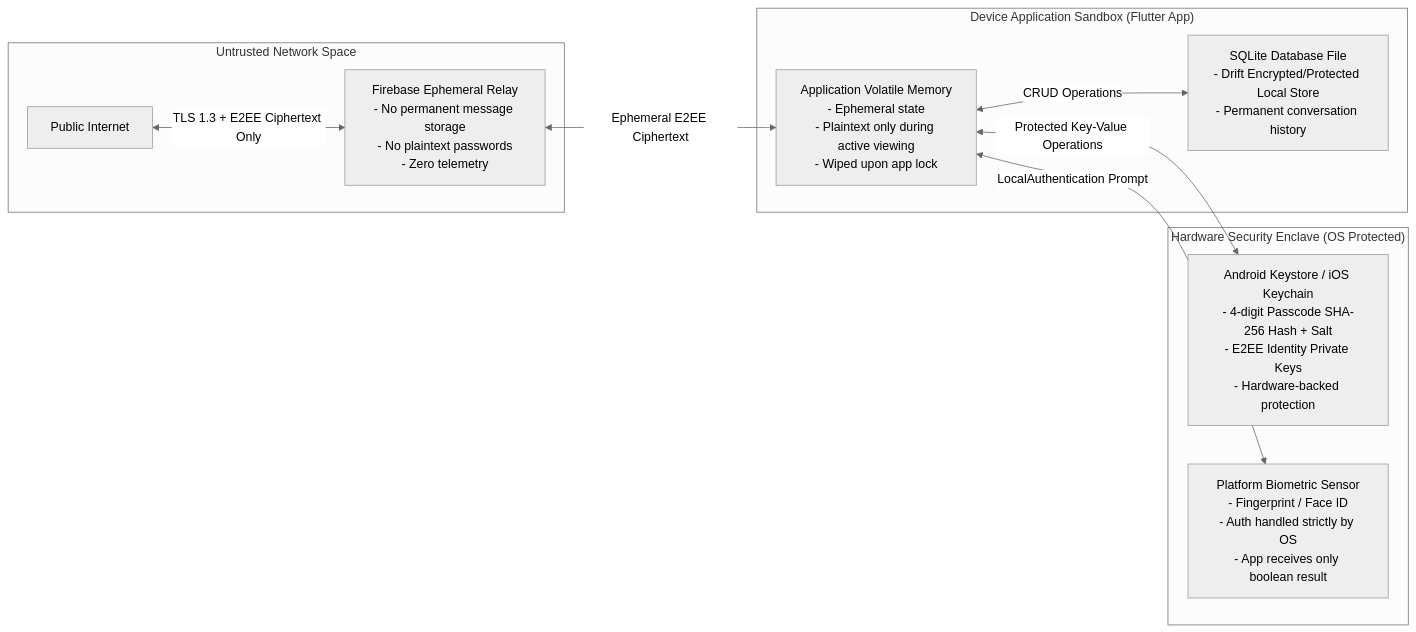
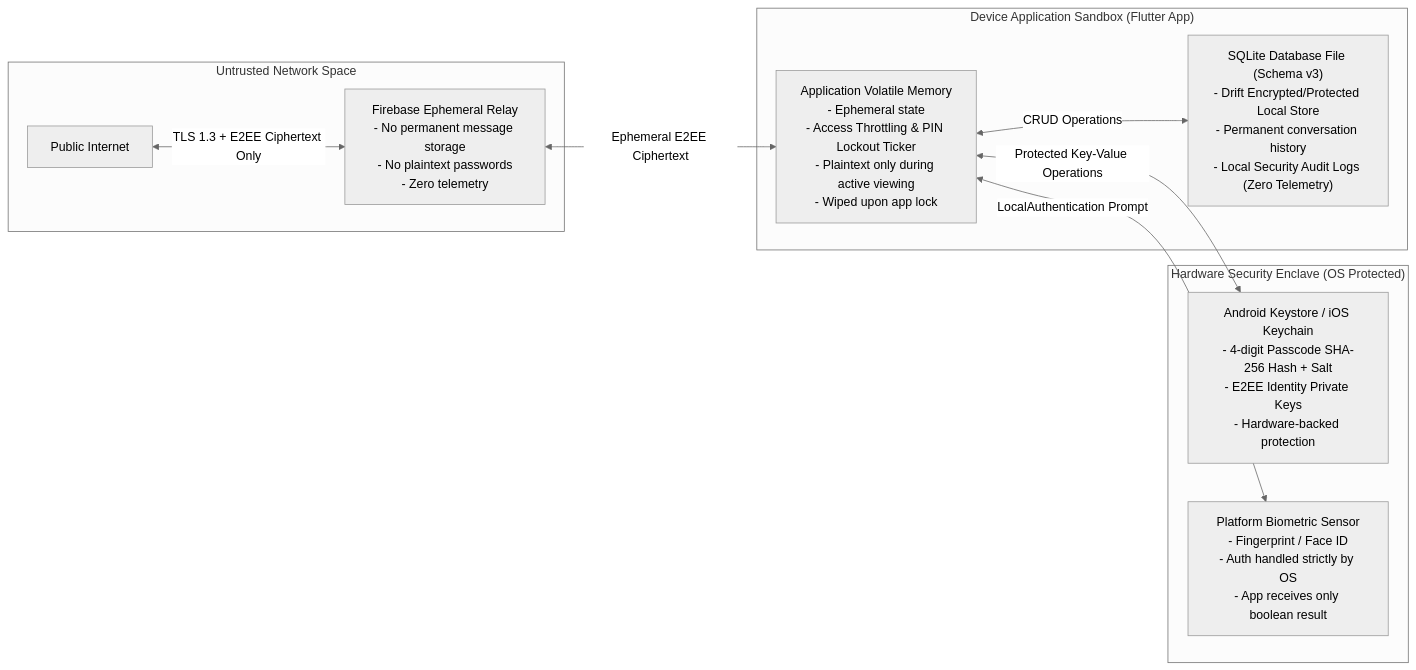
The tenth of 10 diagrams in diagram.md (nazmulfahim3010/ourPlace), drawn with Mermaid (neutral theme) before and after one commit. The commit also changed other lines of this file and 2 other files, not shown here.

````diff
--- a/diagram.md
+++ b/diagram.md
@@ -466,23 +493,23 @@
 ```mermaid
 flowchart LR
     subgraph NetworkSpace["Untrusted Network Space"]
         PublicInternet["Public Internet"]
         FirebaseServers["Firebase Ephemeral Relay\n- No permanent message storage\n- No plaintext passwords\n- Zero telemetry"]
     end
 
     subgraph AppSandbox["Device Application Sandbox (Flutter App)"]
-        RAM["Application Volatile Memory\n- Ephemeral state\n- Plaintext only during active viewing\n- Wiped upon app lock"]
-        LocalSQLite["SQLite Database File\n- Drift Encrypted/Protected Local Store\n- Permanent conversation history"]
+        RAM["Application Volatile Memory\n- Ephemeral state\n- Access Throttling & PIN Lockout Ticker\n- Plaintext only during active viewing\n- Wiped upon app lock"]
+        LocalSQLite["SQLite Database File (Schema v3)\n- Drift Encrypted/Protected Local Store\n- Permanent conversation history\n- Local Security Audit Logs (Zero Telemetry)"]
     end
 
     subgraph HardwareEnclave["Hardware Security Enclave (OS Protected)"]
         Keystore["Android Keystore / iOS Keychain\n- 4-digit Passcode SHA-256 Hash + Salt\n- E2EE Identity Private Keys\n- Hardware-backed protection"]
         BiometricSensor["Platform Biometric Sensor\n- Fingerprint / Face ID\n- Auth handled strictly by OS\n- App receives only boolean result"]
     end
 
     PublicInternet <-->|TLS 1.3 + E2EE Ciphertext Only| FirebaseServers
     FirebaseServers <-->|Ephemeral E2EE Ciphertext| RAM
     RAM <-->|CRUD Operations| LocalSQLite
     RAM <-->|Protected Key-Value Operations| Keystore
     RAM <-->|LocalAuthentication Prompt| BiometricSensor
 ```
````
